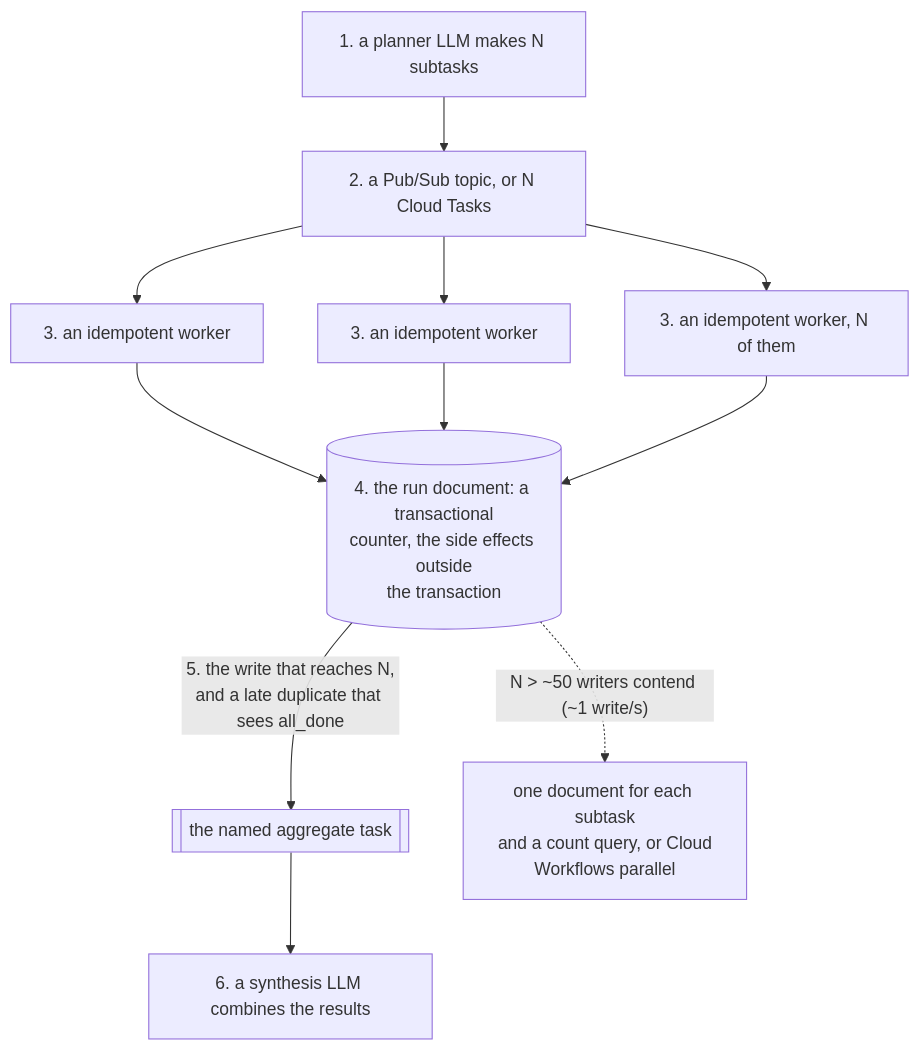
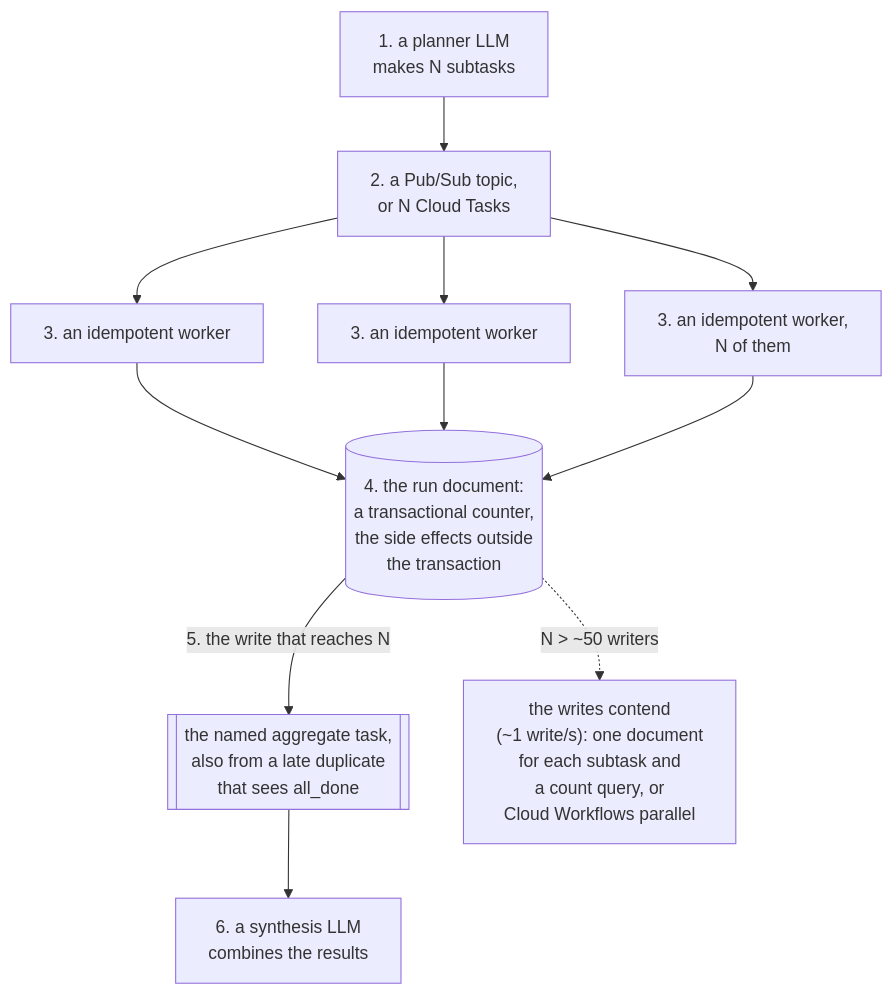
One commit to aniryou/full-stack-agentic-engineer changed the third of 4 diagrams in 07-application-agent-framework/long-running-durable/PRIMER.md. Above: the diagram before and after it, drawn with Mermaid. The commit also changed other lines of this file and 29 other files, not shown here.

````diff
--- a/07-application-agent-framework/long-running-durable/PRIMER.md
+++ b/07-application-agent-framework/long-running-durable/PRIMER.md
@@ -175,14 +175,14 @@
 ```mermaid
 flowchart TB
-  PL["1. a planner LLM makes N subtasks"] --> Q["2. a Pub/Sub topic, or N Cloud Tasks"]
+  PL["1. a planner LLM<br/>makes N subtasks"] --> Q["2. a Pub/Sub topic,<br/>or N Cloud Tasks"]
   Q --> W1["3. an idempotent worker"]
   Q --> W2["3. an idempotent worker"]
-  Q --> W3["3. an idempotent worker, N of them"]
+  Q --> W3["3. an idempotent worker,<br/>N of them"]
   W1 --> C
   W2 --> C
   W3 --> C
-  C[("4. the run document: a transactional<br/>counter, the side effects outside<br/>the transaction")]
-  C -->|"5. the write that reaches N,<br/>and a late duplicate that sees all_done"| A[["the named aggregate task"]]
-  A --> S["6. a synthesis LLM combines the results"]
-  C -.->|"N > ~50 writers contend (~1 write/s)"| H["one document for each subtask<br/>and a count query, or Cloud<br/>Workflows parallel"]
+  C[("4. the run document:<br/>a transactional counter,<br/>the side effects outside<br/>the transaction")]
+  C -->|"5. the write that reaches N"| A[["the named aggregate task,<br/>also from a late duplicate<br/>that sees all_done"]]
+  A --> S["6. a synthesis LLM<br/>combines the results"]
+  C -.->|"N > ~50 writers"| H["the writes contend<br/>(~1 write/s): one document<br/>for each subtask and<br/>a count query, or<br/>Cloud Workflows parallel"]
 ```
````
